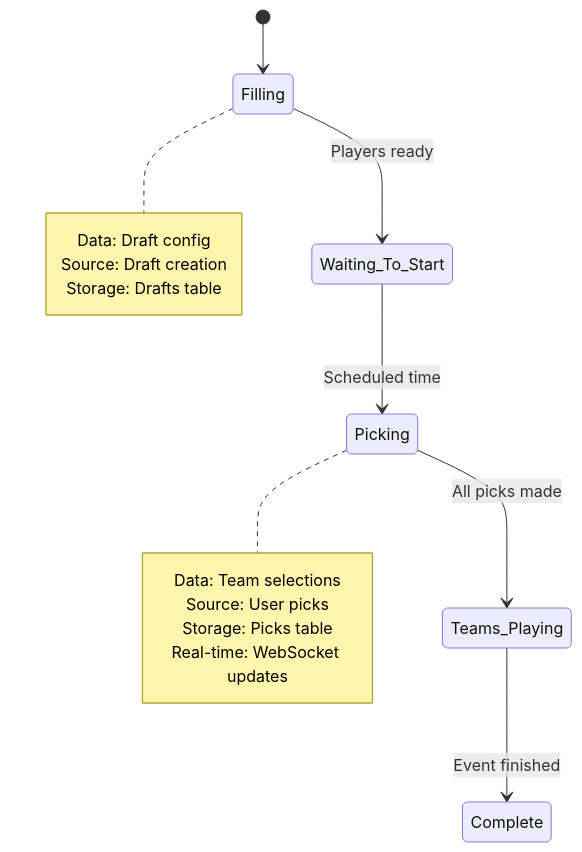
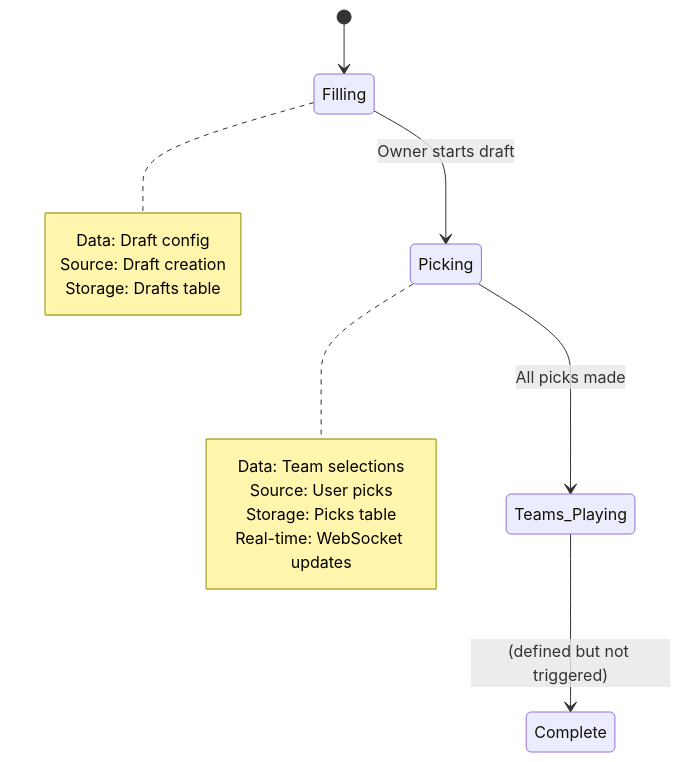
Before and after one commit to squirlemaster42/fantasy-frc-web: the second of 5 diagrams in docs/architecture/data-flow.md, drawn with Mermaid. The commit also changed other lines of this file and 28 other files, not shown here.

````diff
--- a/docs/architecture/data-flow.md
+++ b/docs/architecture/data-flow.md
@@ -75,21 +75,20 @@
 ```mermaid
 stateDiagram-v2
     [*] --> Filling
-    Filling --> Waiting_To_Start: Players ready
-    Waiting_To_Start --> Picking: Scheduled time
+    Filling --> Picking: Owner starts draft
     Picking --> Teams_Playing: All picks made
-    Teams_Playing --> Complete: Event finished
-    
+    Teams_Playing --> Complete: (defined but not triggered)
+
     note right of Filling
         Data: Draft config
         Source: Draft creation
         Storage: Drafts table
     end note
-    
+
     note right of Picking
         Data: Team selections
         Source: User picks
         Storage: Picks table
         Real-time: WebSocket updates
     end note
 ```
````
